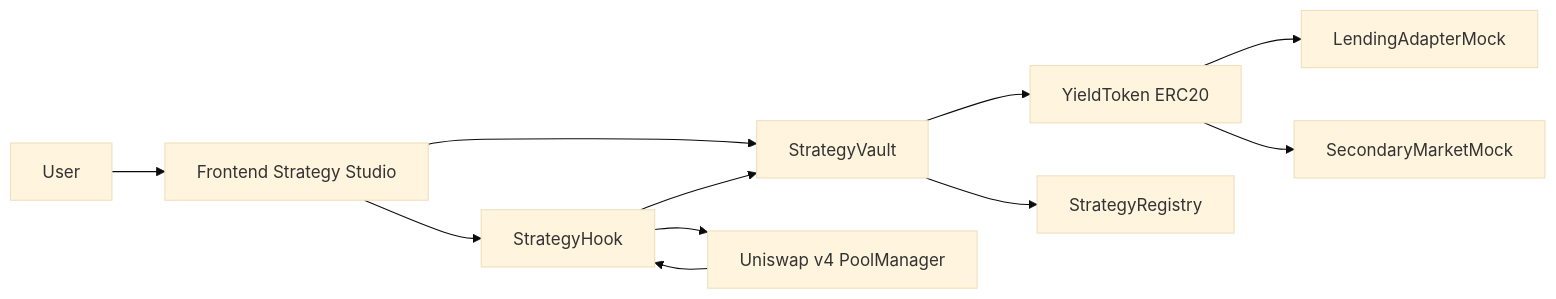
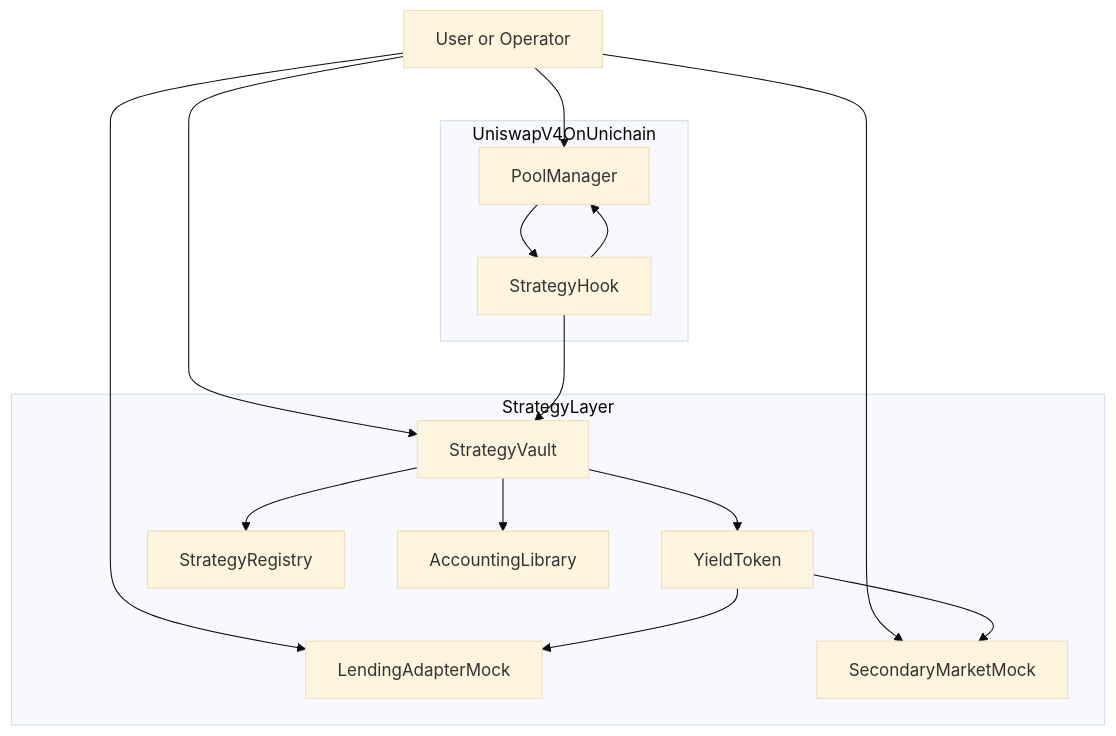
One commit to KHRAFTSng/tokenized-strategies-on-uniswap-v4 changed the first of 3 diagrams in README.md. Above: the diagram before and after it, drawn with Mermaid (base theme). The commit also changed other lines of this file, not shown here.

````diff
--- a/README.md
+++ b/README.md
@@ -21,13 +51,29 @@
 ```mermaid
-flowchart LR
-  User --> Frontend[Frontend Strategy Studio]
-  Frontend --> Vault[StrategyVault]
-  Frontend --> Hook[StrategyHook]
-  Hook --> PM[Uniswap v4 PoolManager]
-  PM --> Hook
-  Hook --> Vault
-  Vault --> YT[YieldToken ERC20]
-  Vault --> Registry[StrategyRegistry]
-  YT --> Lending[LendingAdapterMock]
-  YT --> Secondary[SecondaryMarketMock]
+flowchart TD
+  subgraph StrategyLayer
+    V[StrategyVault]
+    Y[YieldToken]
+    R[StrategyRegistry]
+    A[AccountingLibrary]
+    L[LendingAdapterMock]
+    S[SecondaryMarketMock]
+  end
+
+  subgraph UniswapV4OnUnichain
+    PM[PoolManager]
+    H[StrategyHook]
+  end
+
+  U[User or Operator] --> V
+  U --> PM
+  PM --> H
+  H --> PM
+  H --> V
+  V --> Y
+  V --> R
+  V --> A
+  U --> L
+  U --> S
+  Y --> L
+  Y --> S
 ```
````
